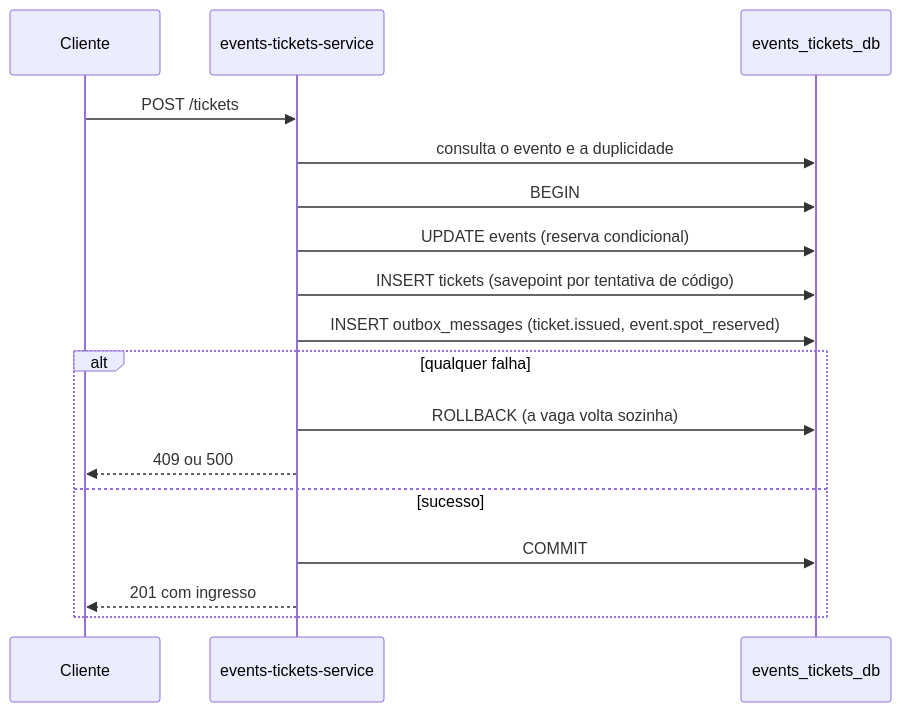
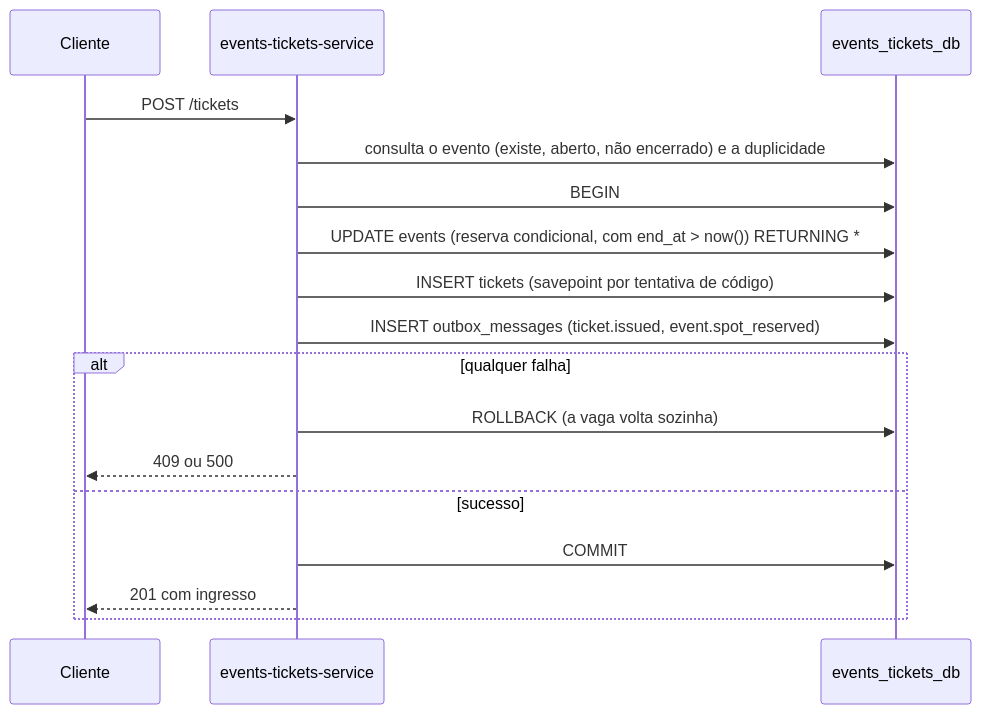
Before and after one commit to Igor-Lazarin-Oliani/events-tickets-ms: the first of 3 diagrams in docs/contratos-api.md, drawn with Mermaid. The commit also changed other lines of this file and 38 other files, not shown here.

Commit message:
feat: impede inscrição em evento encerrado, pagina listagens e remove gargalos da outbox

````diff
--- a/docs/contratos-api.md
+++ b/docs/contratos-api.md
@@ -86,19 +97,19 @@
 ```mermaid
 sequenceDiagram
     participant C as Cliente
     participant S as events-tickets-service
     participant D as events_tickets_db
     C->>S: POST /tickets
-    S->>D: consulta o evento e a duplicidade
+    S->>D: consulta o evento (existe, aberto, não encerrado) e a duplicidade
     S->>D: BEGIN
-    S->>D: UPDATE events (reserva condicional)
+    S->>D: UPDATE events (reserva condicional, com end_at > now()) RETURNING *
     S->>D: INSERT tickets (savepoint por tentativa de código)
     S->>D: INSERT outbox_messages (ticket.issued, event.spot_reserved)
     alt qualquer falha
         S->>D: ROLLBACK (a vaga volta sozinha)
         S-->>C: 409 ou 500
     else sucesso
         S->>D: COMMIT
         S-->>C: 201 com ingresso
     end
 ```
````
